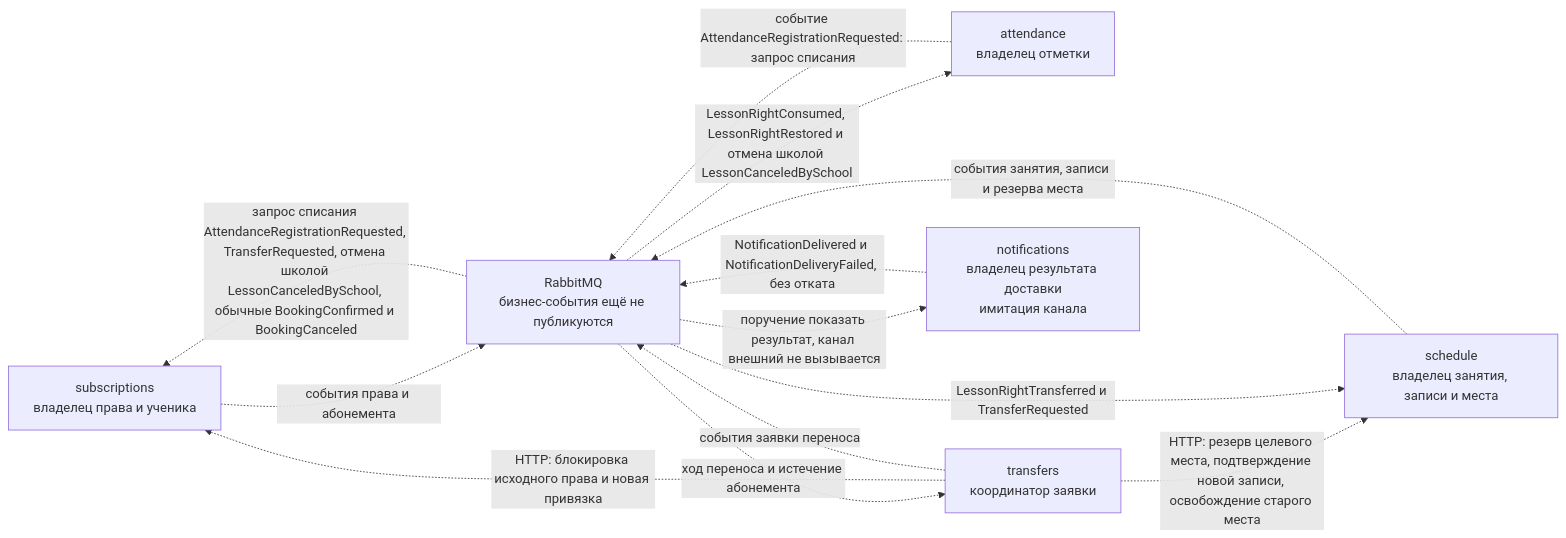
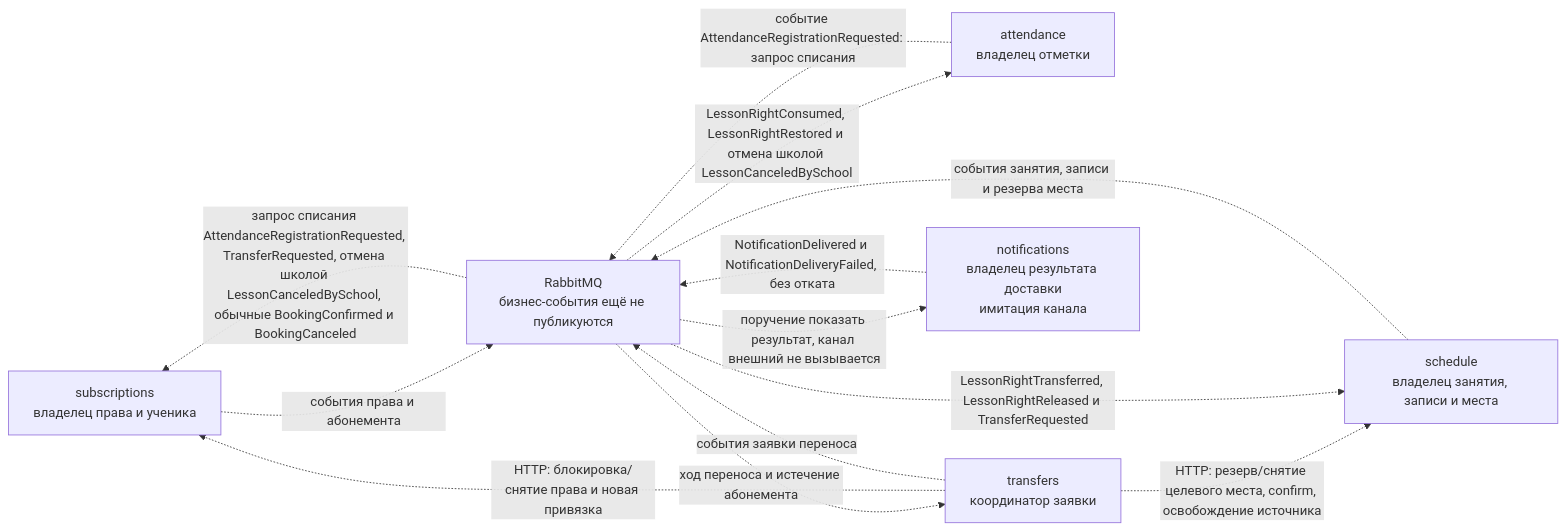
The third of 3 diagrams in docs/architecture/c4.md (lostsky25/LessonPlus), drawn with Mermaid before and after one commit. The commit also changed other lines of this file and 16 other files, not shown here.

First line of the commit message:
docs: complete storage architecture overview for step 6.8

````diff
--- a/docs/architecture/c4.md
+++ b/docs/architecture/c4.md
@@ -98,23 +98,23 @@
 ```mermaid
 %% C4 Container. Только спроектированные связи. В каркасе этих вызовов и публикаций нет.
 flowchart LR
   sub["subscriptions<br/>владелец права и ученика"]
   sch["schedule<br/>владелец занятия, записи и места"]
   att["attendance<br/>владелец отметки"]
   tr["transfers<br/>координатор заявки"]
   nt["notifications<br/>владелец результата доставки<br/>имитация канала"]
   mq["RabbitMQ<br/>бизнес-события ещё не публикуются"]
 
-  tr -.->|"HTTP: блокировка исходного права и новая привязка"| sub
-  tr -.->|"HTTP: резерв целевого места, подтверждение новой записи, освобождение старого места"| sch
+  tr -.->|"HTTP: блокировка/снятие права и новая привязка"| sub
+  tr -.->|"HTTP: резерв/снятие целевого места, confirm, освобождение источника"| sch
   att -.->|"событие AttendanceRegistrationRequested: запрос списания"| mq
   sub -.->|"события права и абонемента"| mq
   sch -.->|"события занятия, записи и резерва места"| mq
   tr -.->|"события заявки переноса"| mq
   nt -.->|"NotificationDelivered и NotificationDeliveryFailed, без отката"| mq
   mq -.->|"LessonRightConsumed, LessonRightRestored и отмена школой LessonCanceledBySchool"| att
   mq -.->|"запрос списания AttendanceRegistrationRequested, TransferRequested, отмена школой LessonCanceledBySchool, обычные BookingConfirmed и BookingCanceled"| sub
-  mq -.->|"LessonRightTransferred и TransferRequested"| sch
+  mq -.->|"LessonRightTransferred, LessonRightReleased и TransferRequested"| sch
   mq -.->|"ход переноса и истечение абонемента"| tr
   mq -.->|"поручение показать результат, канал внешний не вызывается"| nt
 ```
````
